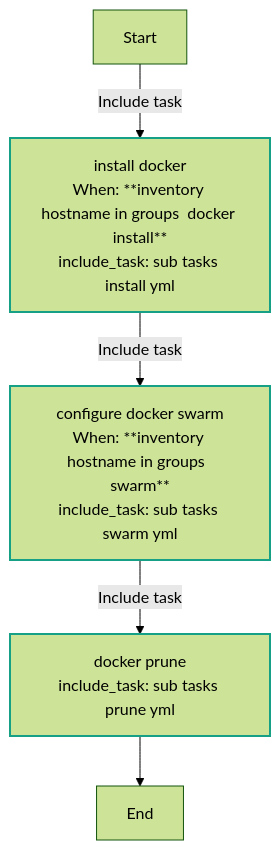
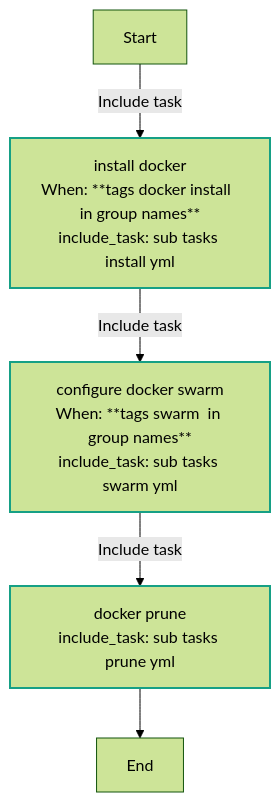
One commit to Lebowski89/homelab changed the first of 4 diagrams in ansible/roles/docker/README.md. Above: the diagram before and after it, drawn with Mermaid (forest theme). The commit also changed other lines of this file and 30 other files, not shown here.

````diff
--- a/ansible/roles/docker/README.md
+++ b/ansible/roles/docker/README.md
@@ -121,17 +121,17 @@
 ```mermaid
 flowchart TD
 Start
 classDef block stroke:#3498db,stroke-width:2px;
 classDef task stroke:#4b76bb,stroke-width:2px;
 classDef includeTasks stroke:#16a085,stroke-width:2px;
 classDef importTasks stroke:#34495e,stroke-width:2px;
 classDef includeRole stroke:#2980b9,stroke-width:2px;
 classDef importRole stroke:#699ba7,stroke-width:2px;
 classDef includeVars stroke:#8e44ad,stroke-width:2px;
 classDef rescue stroke:#665352,stroke-width:2px;
 
-  Start-->|Include task| Install_Docker_sub_tasks_install_yml_0[install docker<br>When: **inventory hostname in groups  docker install**<br>include_task: sub tasks install yml]:::includeTasks
-  Install_Docker_sub_tasks_install_yml_0-->|Include task| Configure_Docker_Swarm_sub_tasks_swarm_yml_1[configure docker swarm<br>When: **inventory hostname in groups  swarm**<br>include_task: sub tasks swarm yml]:::includeTasks
+  Start-->|Include task| Install_Docker_sub_tasks_install_yml_0[install docker<br>When: **tags docker install  in group names**<br>include_task: sub tasks install yml]:::includeTasks
+  Install_Docker_sub_tasks_install_yml_0-->|Include task| Configure_Docker_Swarm_sub_tasks_swarm_yml_1[configure docker swarm<br>When: **tags swarm  in group names**<br>include_task: sub tasks swarm yml]:::includeTasks
   Configure_Docker_Swarm_sub_tasks_swarm_yml_1-->|Include task| Docker_Prune_sub_tasks_prune_yml_2[docker prune<br>include_task: sub tasks prune yml]:::includeTasks
   Docker_Prune_sub_tasks_prune_yml_2-->End
 ```
````
